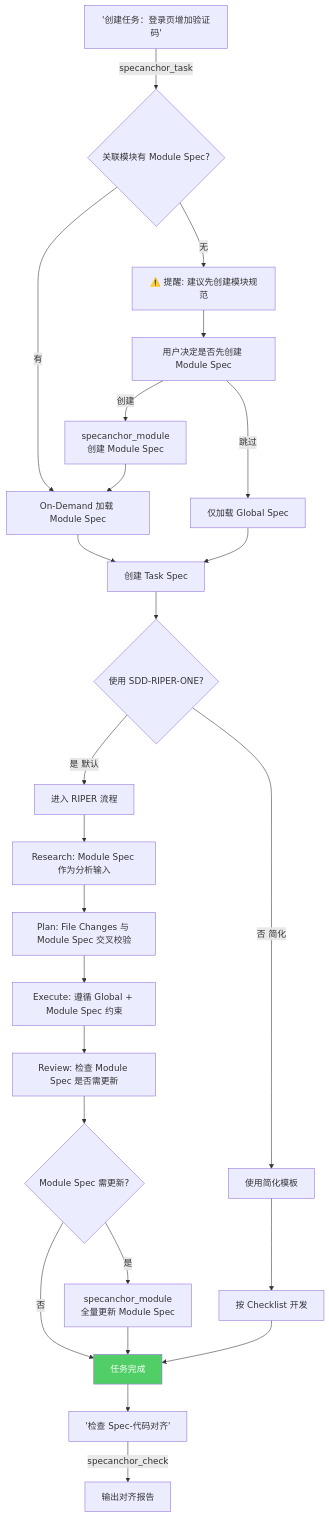
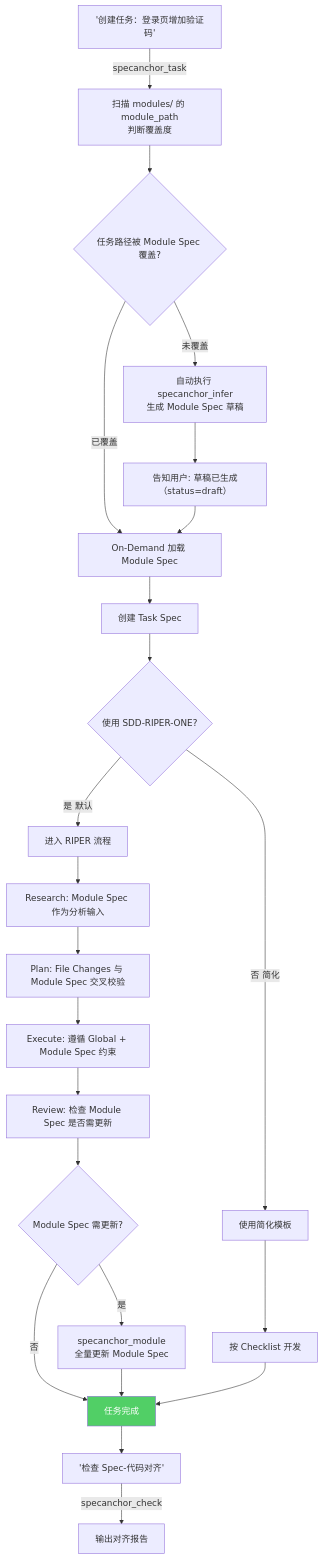
The fourth of 6 diagrams in FLOWCHART.md (linziyanleo/spec-anchor), drawn with Mermaid before and after one commit. The commit also changed 1 other file, not shown here.

Commit message:
feat: specanchor_task 创建前自动检查 Module Spec 覆盖度
- 创建 Task Spec 前自动扫描 modules/ 中所有 Module Spec 的 module_path
- 通过路径前缀匹配判断任务文件是否被覆盖
- 未覆盖时自动执行 specanchor_infer 生成 Module Spec 草稿
- 多个 Module Spec 可覆盖时选择最精确的（最长路径前缀）
- 更新 FLOWCHART.md 日常开发流程图反映自动生成逻辑

````diff
--- a/FLOWCHART.md
+++ b/FLOWCHART.md
@@ -76,34 +76,32 @@
 ```mermaid
 flowchart TD
-    A["'创建任务：登录页增加验证码'"] -->|specanchor_task| B{关联模块有 Module Spec?}
-    B -->|有| C[On-Demand 加载 Module Spec]
-    B -->|无| D["⚠️ 提醒: 建议先创建模块规范"]
-    D --> D2[用户决定是否先创建 Module Spec]
-    D2 -->|创建| M["specanchor_module<br/>创建 Module Spec"]
-    M --> C
-    D2 -->|跳过| C2[仅加载 Global Spec]
+    A["'创建任务：登录页增加验证码'"] -->|specanchor_task| B[扫描 modules/ 的 module_path<br/>判断覆盖度]
+    B --> B2{任务路径被 Module Spec 覆盖?}
+    B2 -->|已覆盖| C[On-Demand 加载 Module Spec]
+    B2 -->|未覆盖| D["自动执行 specanchor_infer<br/>生成 Module Spec 草稿"]
+    D --> D2["告知用户: 草稿已生成（status=draft）"]
+    D2 --> C
 
     C --> E[创建 Task Spec]
-    C2 --> E
     E --> F{使用 SDD-RIPER-ONE?}
     F -->|是 默认| G[进入 RIPER 流程]
     F -->|否 简化| H[使用简化模板]
 
     G --> G1[Research: Module Spec 作为分析输入]
     G1 --> G2[Plan: File Changes 与 Module Spec 交叉校验]
     G2 --> G3[Execute: 遵循 Global + Module Spec 约束]
     G3 --> G4[Review: 检查 Module Spec 是否需更新]
 
     H --> I[按 Checklist 开发]
 
     G4 --> J{Module Spec 需更新?}
     J -->|是| K["specanchor_module<br/>全量更新 Module Spec"]
     J -->|否| L[任务完成]
     K --> L
     I --> L
 
     L --> N["'检查 Spec-代码对齐'"]
     N -->|specanchor_check| O[输出对齐报告]
 
     style L fill:#51cf66,color:#fff
 ```
````
